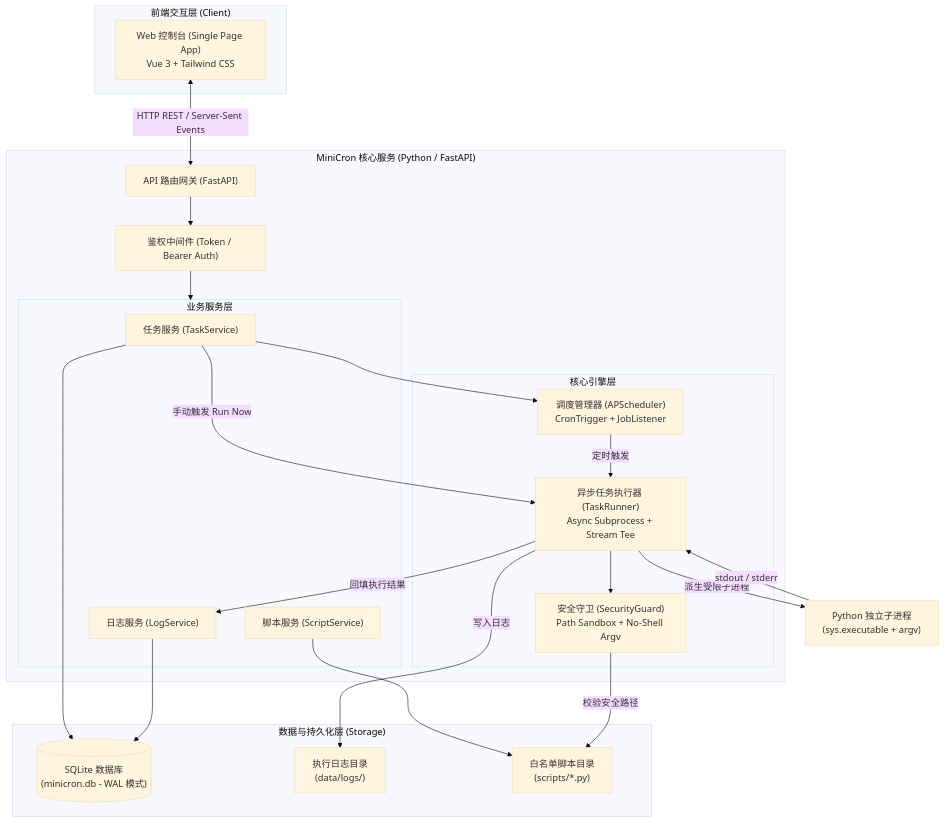
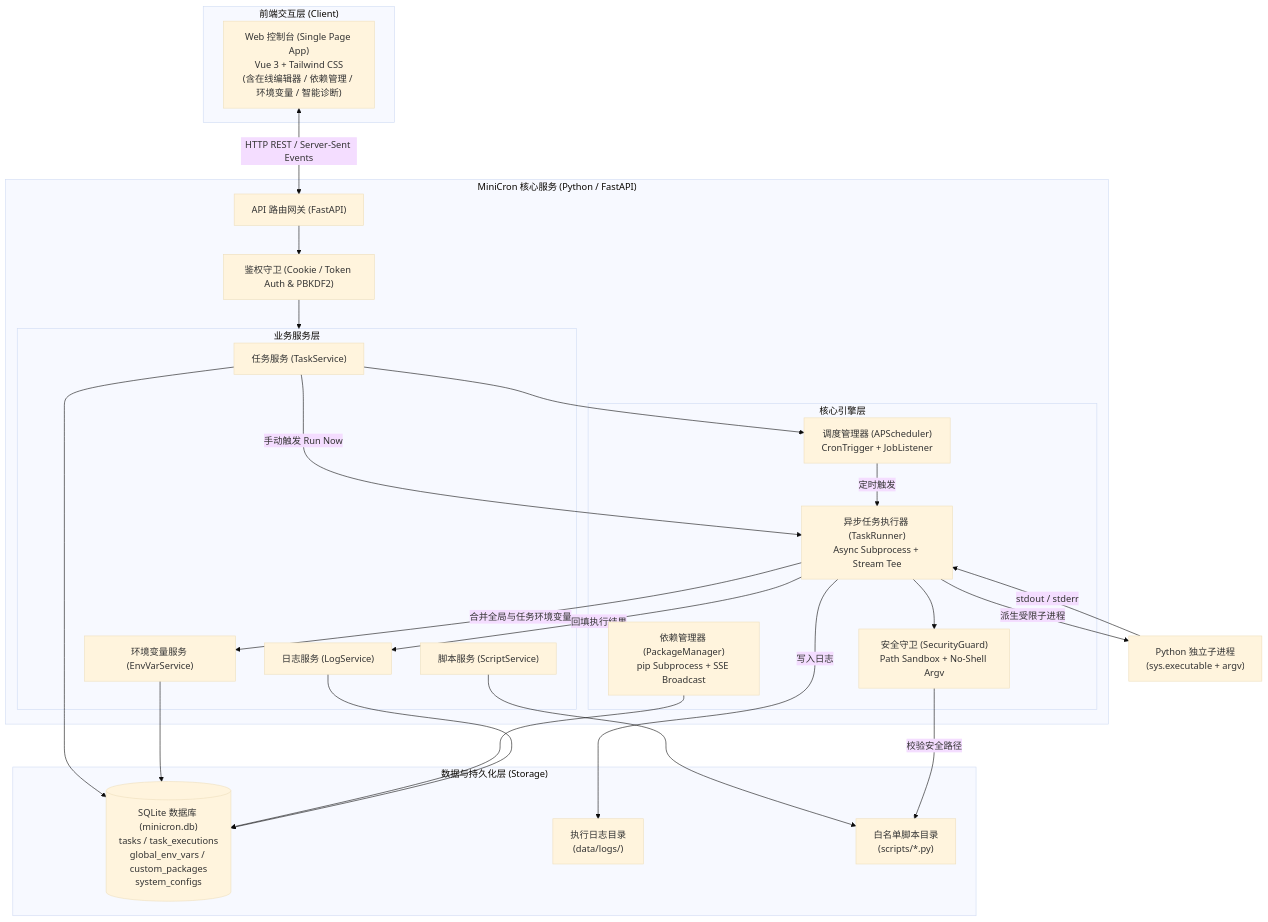
The first of 4 diagrams in docs/ARCHITECTURE.md (ddmasato1/MiniCron), drawn with Mermaid (base theme) before and after one commit. The commit also changed other lines of this file and 19 other files, not shown here.

First line of the commit message:
feat: add script online editor, env vars, package manager, and password change

````diff
--- a/docs/ARCHITECTURE.md
+++ b/docs/ARCHITECTURE.md
@@ -16,49 +16,54 @@
 ```mermaid
 flowchart TD
     subgraph Client ["前端交互层 (Client)"]
-        UI["Web 控制台 (Single Page App)<br/>Vue 3 + Tailwind CSS"]
+        UI["Web 控制台 (Single Page App)<br/>Vue 3 + Tailwind CSS<br/>(含在线编辑器 / 依赖管理 / 环境变量 / 智能诊断)"]
     end
 
     subgraph Server ["MiniCron 核心服务 (Python / FastAPI)"]
         Router["API 路由网关 (FastAPI)"]
-        AuthMiddleware["鉴权中间件 (Token / Bearer Auth)"]
+        AuthMiddleware["鉴权守卫 (Cookie / Token Auth & PBKDF2)"]
         
         subgraph CoreEngine ["核心引擎层"]
             Scheduler["调度管理器 (APScheduler)<br/>CronTrigger + JobListener"]
             Security["安全守卫 (SecurityGuard)<br/>Path Sandbox + No-Shell Argv"]
             Runner["异步任务执行器 (TaskRunner)<br/>Async Subprocess + Stream Tee"]
+            PkgMgr["依赖管理器 (PackageManager)<br/>pip Subprocess + SSE Broadcast"]
         end
 
         subgraph ServiceLayer ["业务服务层"]
             TaskSvc["任务服务 (TaskService)"]
             LogSvc["日志服务 (LogService)"]
             ScriptSvc["脚本服务 (ScriptService)"]
+            EnvVarSvc["环境变量服务 (EnvVarService)"]
         end
     end
 
     subgraph Storage ["数据与持久化层 (Storage)"]
-        DB[("SQLite 数据库<br/>(minicron.db - WAL 模式)")]
+        DB[("SQLite 数据库 (minicron.db)<br/>tasks / task_executions<br/>global_env_vars / custom_packages<br/>system_configs")]
         LogFiles["执行日志目录<br/>(data/logs/)"]
         ScriptFiles["白名单脚本目录<br/>(scripts/*.py)"]
     end
 
     UI <-->|HTTP REST / Server-Sent Events| Router
     Router --> AuthMiddleware
     AuthMiddleware --> ServiceLayer
     
     TaskSvc --> DB
     TaskSvc --> Scheduler
     ScriptSvc --> ScriptFiles
+    EnvVarSvc --> DB
+    PkgMgr --> DB
     
     Scheduler -->|定时触发| Runner
     TaskSvc -->|手动触发 Run Now| Runner
     
     Runner --> Security
     Security -->|校验安全路径| ScriptFiles
+    Runner -->|合并全局与任务环境变量| EnvVarSvc
     Runner -->|派生受限子进程| Subprocess["Python 独立子进程<br/>(sys.executable + argv)"]
     
     Subprocess -->|stdout / stderr| Runner
     Runner -->|写入日志| LogFiles
     Runner -->|回填执行结果| LogSvc
     LogSvc --> DB
 ```
````
